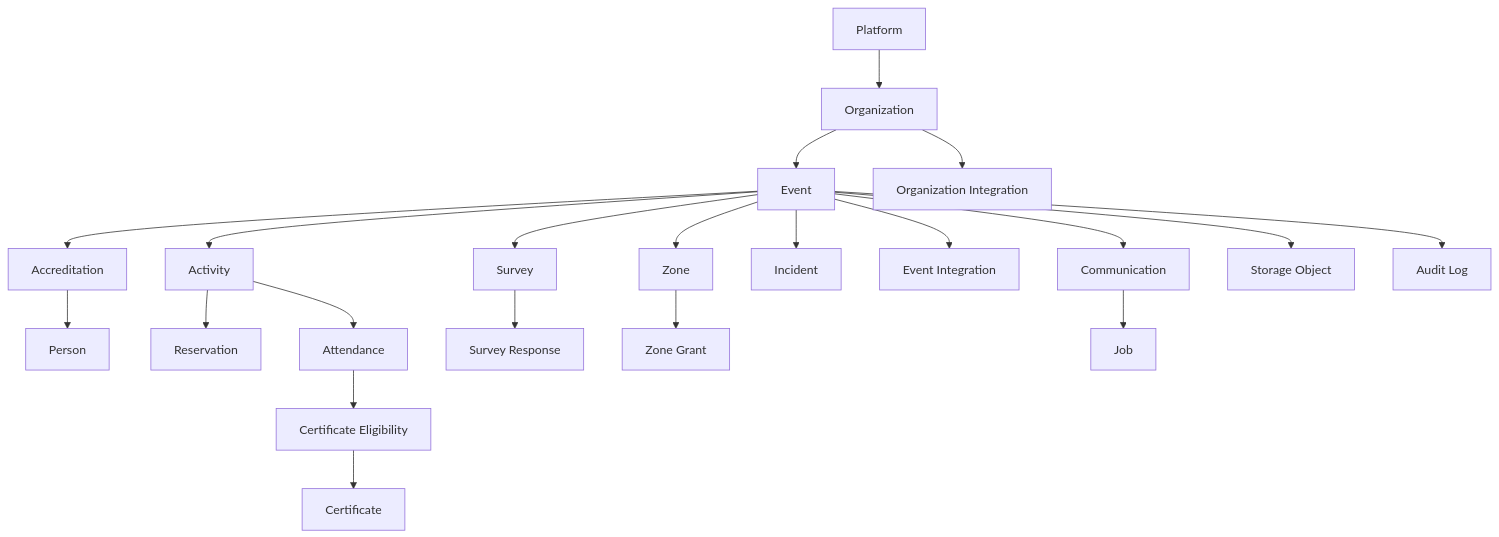
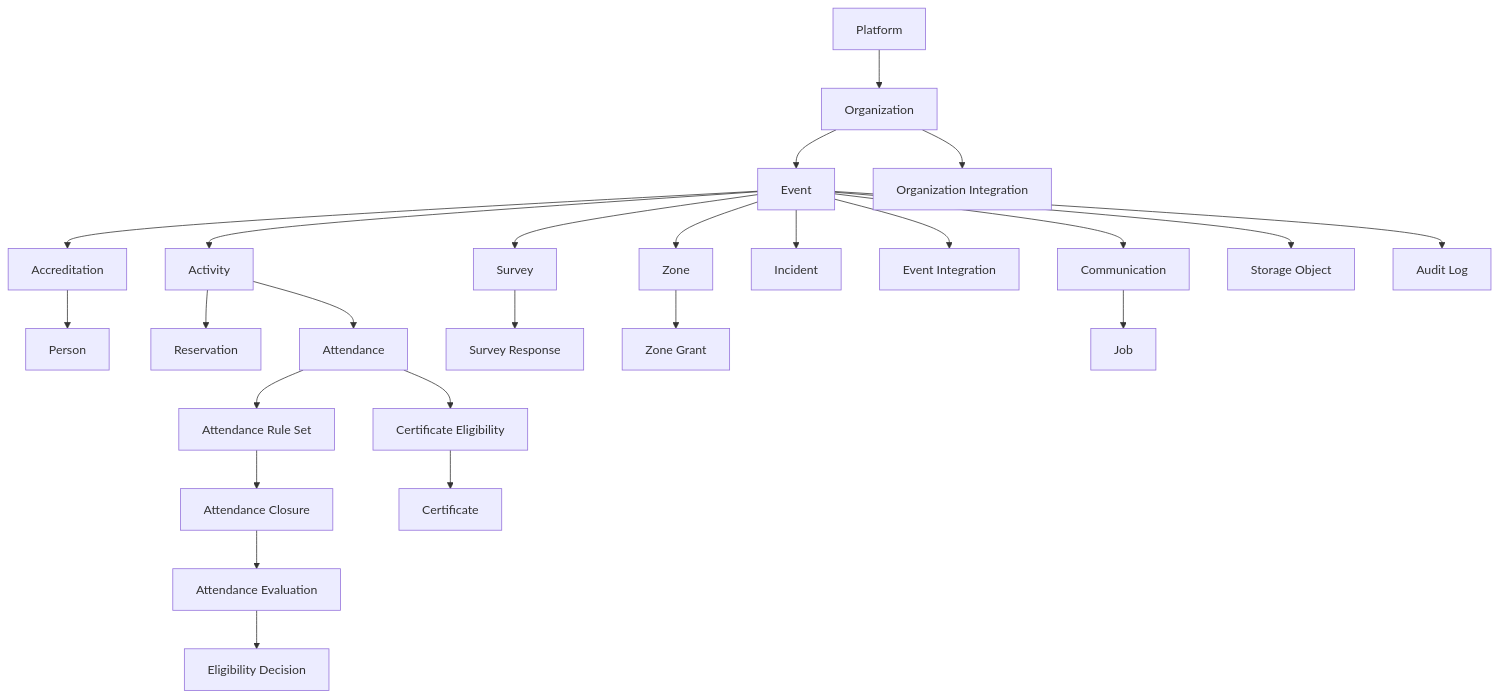
The diagram in BITORA_V4_CONCEPTUAL_DATA_MODEL.md (guillermodiazabogado/bitora-demo), drawn with Mermaid before and after one commit. The commit also changed 36 other files, not shown here.

Commit message:
Implement BITORA V4.2 attendance closure and eligibility foundation

````diff
--- a/BITORA_V4_CONCEPTUAL_DATA_MODEL.md
+++ b/BITORA_V4_CONCEPTUAL_DATA_MODEL.md
@@ -3,23 +3,27 @@
 ```mermaid
 flowchart TD
   Platform["Platform"] --> Organization["Organization"]
   Organization --> Event["Event"]
   Event --> Activity["Activity"]
   Event --> Accreditation["Accreditation"]
   Accreditation --> Participant["Person"]
   Activity --> Reservation["Reservation"]
   Activity --> Attendance["Attendance"]
+  Attendance --> AttendanceRuleSet["Attendance Rule Set"]
+  AttendanceRuleSet --> AttendanceClosure["Attendance Closure"]
+  AttendanceClosure --> AttendanceEvaluation["Attendance Evaluation"]
+  AttendanceEvaluation --> EligibilityDecision["Eligibility Decision"]
   Attendance --> CertificateEligibility["Certificate Eligibility"]
   CertificateEligibility --> Certificate["Certificate"]
   Event --> Survey["Survey"]
   Survey --> SurveyResponse["Survey Response"]
   Event --> Zone["Zone"]
   Zone --> ZoneGrant["Zone Grant"]
   Event --> Incident["Incident"]
   Organization --> Integration["Organization Integration"]
   Event --> EventIntegration["Event Integration"]
   Event --> Communication["Communication"]
   Communication --> Job["Job"]
   Event --> StorageObject["Storage Object"]
   Event --> AuditLog["Audit Log"]
 ```
````
